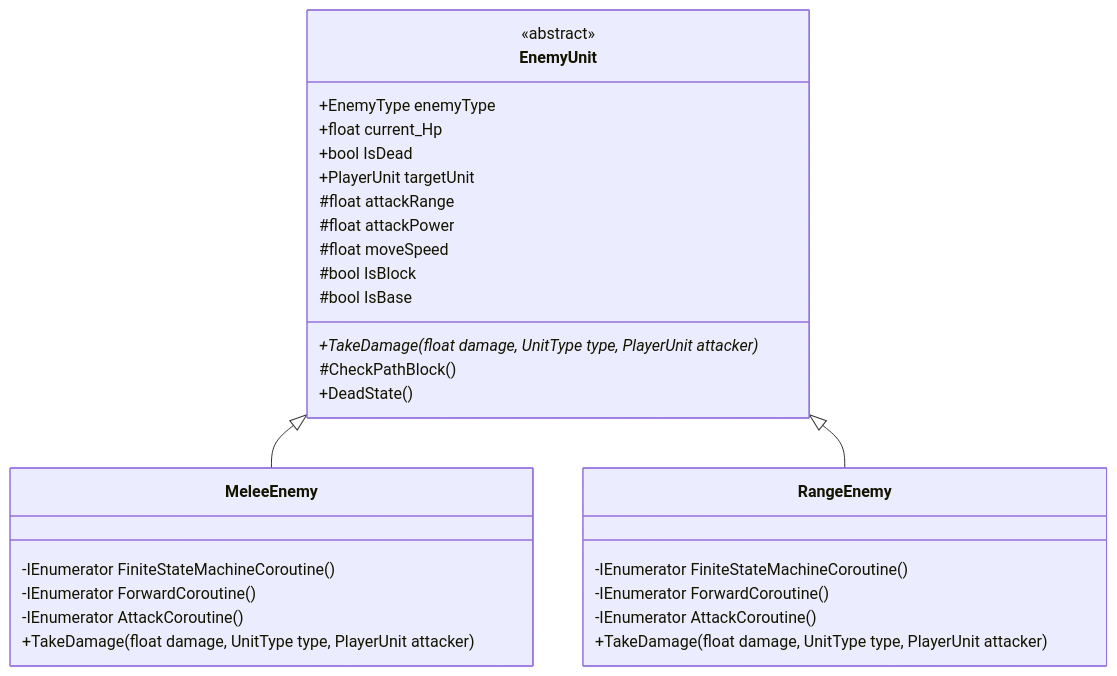
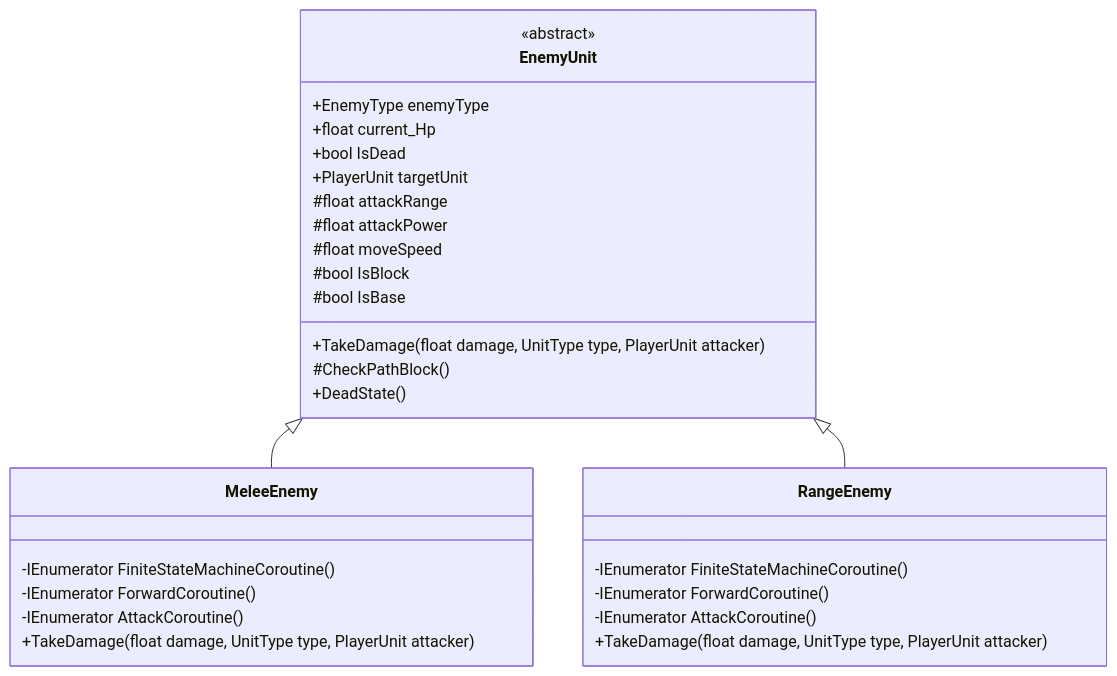
The seventh of 11 diagrams in src/3-strategy-defense/기술문서.md (Gryphon34/portfolio-template), drawn with Mermaid before and after one commit. The commit also changed other lines of this file, not shown here.

````diff
--- a/src/3-strategy-defense/기술문서.md
+++ b/src/3-strategy-defense/기술문서.md
@@ -297,35 +369,35 @@
 ```mermaid
 classDiagram
     class EnemyUnit {
         <<abstract>>
         +EnemyType enemyType
         +float current_Hp
         +bool IsDead
         +PlayerUnit targetUnit
         #float attackRange
         #float attackPower
         #float moveSpeed
         #bool IsBlock
         #bool IsBase
-        +TakeDamage(float damage, UnitType type, PlayerUnit attacker)*
+        +TakeDamage(float damage, UnitType type, PlayerUnit attacker)
         #CheckPathBlock()
         +DeadState()
     }
 
     class MeleeEnemy {
         -IEnumerator FiniteStateMachineCoroutine()
         -IEnumerator ForwardCoroutine()
         -IEnumerator AttackCoroutine()
         +TakeDamage(float damage, UnitType type, PlayerUnit attacker)
     }
 
     class RangeEnemy {
         -IEnumerator FiniteStateMachineCoroutine()
         -IEnumerator ForwardCoroutine()
         -IEnumerator AttackCoroutine()
         +TakeDamage(float damage, UnitType type, PlayerUnit attacker)
     }
 
     EnemyUnit <|-- MeleeEnemy
     EnemyUnit <|-- RangeEnemy
 ```
````
